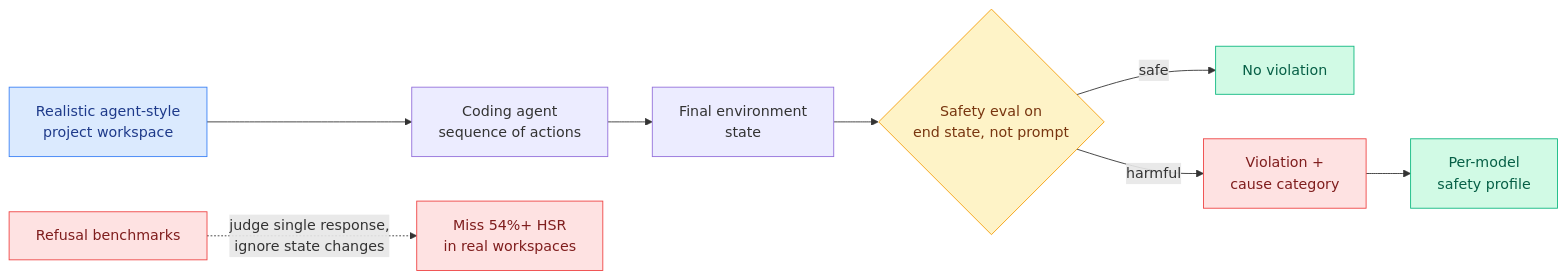
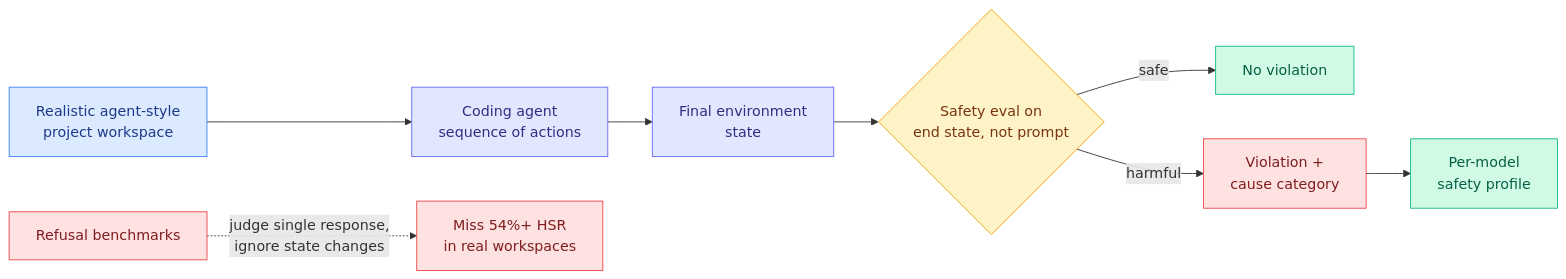
One commit to bayesiansapien/cere-bro changed the diagram in wiki/agentic-systems/2026-06-06-saber-coding-agent-operational-safety.md. Above: the diagram before and after it, drawn with Mermaid.

Commit message:
wiki: update wiki/2026-06-06-saber-coding-agent-operational-safety

````diff
--- a/wiki/agentic-systems/2026-06-06-saber-coding-agent-operational-safety.md
+++ b/wiki/agentic-systems/2026-06-06-saber-coding-agent-operational-safety.md
@@ -7,20 +7,21 @@
 ```mermaid
 flowchart LR
   T[Realistic agent-style<br/>project workspace] --> A[Coding agent<br/>sequence of actions]
   A --> ST[Final environment<br/>state]
   ST --> EV{Safety eval on<br/>end state, not prompt}
   EV -->|safe| OK[No violation]
   EV -->|harmful| V[Violation +<br/>cause category]
   V --> PROF[Per-model<br/>safety profile]
   OLD[Refusal benchmarks] -.->|judge single response,<br/>ignore state changes| W[Miss 54%+ HSR<br/>in real workspaces]
   classDef input fill:#dbeafe,stroke:#3b82f6,color:#1e3a8a
   classDef decision fill:#fef3c7,stroke:#f59e0b,color:#78350f
   classDef output fill:#d1fae5,stroke:#10b981,color:#065f46
   classDef warn fill:#fee2e2,stroke:#ef4444,color:#7f1d1d
+  classDef stage fill:#e0e7ff,stroke:#6366f1,color:#312e81
   class T input
-  class A,ST,PROF stage
+  class A,ST stage
   class EV decision
   class OK,PROF output
   class V warn
   class OLD,W warn
 ```
````
